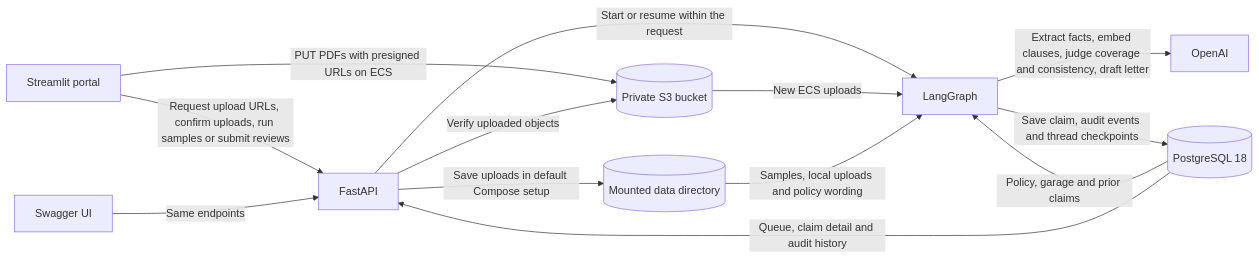
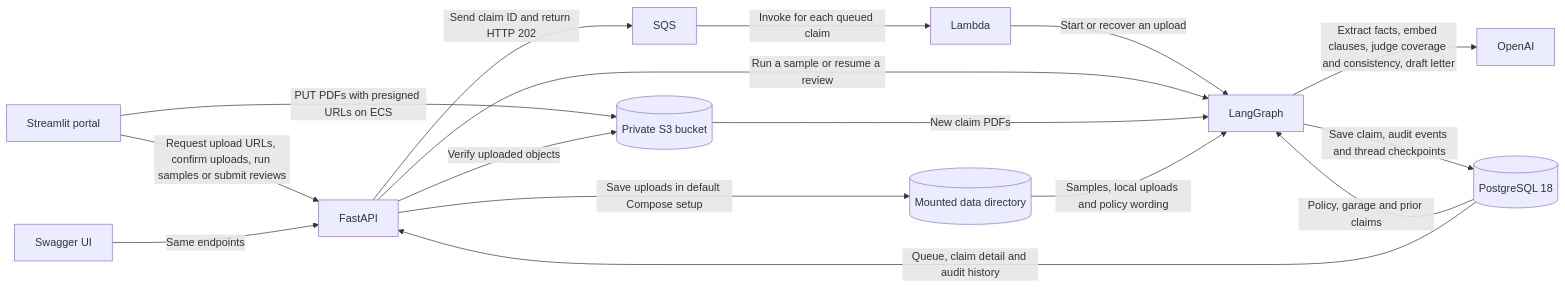
One commit to MP-30/Claim-Sense changed the first of 3 diagrams in Design.md. Above: the diagram before and after it, drawn with Mermaid. The commit also changed other lines of this file and 4 other files, not shown here.

````diff
--- a/Design.md
+++ b/Design.md
@@ -7,15 +7,18 @@
 ```mermaid
 flowchart LR
     Portal["Streamlit portal"] -->|Request upload URLs, confirm uploads, run samples or submit reviews| API["FastAPI"]
     Swagger["Swagger UI"] -->|Same endpoints| API
     Portal -->|PUT PDFs with presigned URLs on ECS| S3[("Private S3 bucket")]
     API -->|Verify uploaded objects| S3
     API -->|Save uploads in default Compose setup| Files[("Mounted data directory")]
-    API -->|Start or resume within the request| Graph["LangGraph"]
-    S3 -->|New ECS uploads| Graph
+    API -->|Send claim ID and return HTTP 202| Queue["SQS"]
+    Queue -->|Invoke for each queued claim| Worker["Lambda"]
+    Worker -->|Start or recover an upload| Graph["LangGraph"]
+    API -->|Run a sample or resume a review| Graph
+    S3 -->|New claim PDFs| Graph
     Files -->|Samples, local uploads and policy wording| Graph
     Graph -->|Extract facts, embed clauses, judge coverage and consistency, draft letter| Model["OpenAI"]
     DB[("PostgreSQL 18")] -->|Policy, garage and prior claims| Graph
     Graph -->|Save claim, audit events and thread checkpoints| DB
     DB -->|Queue, claim detail and audit history| API
 ```
````
